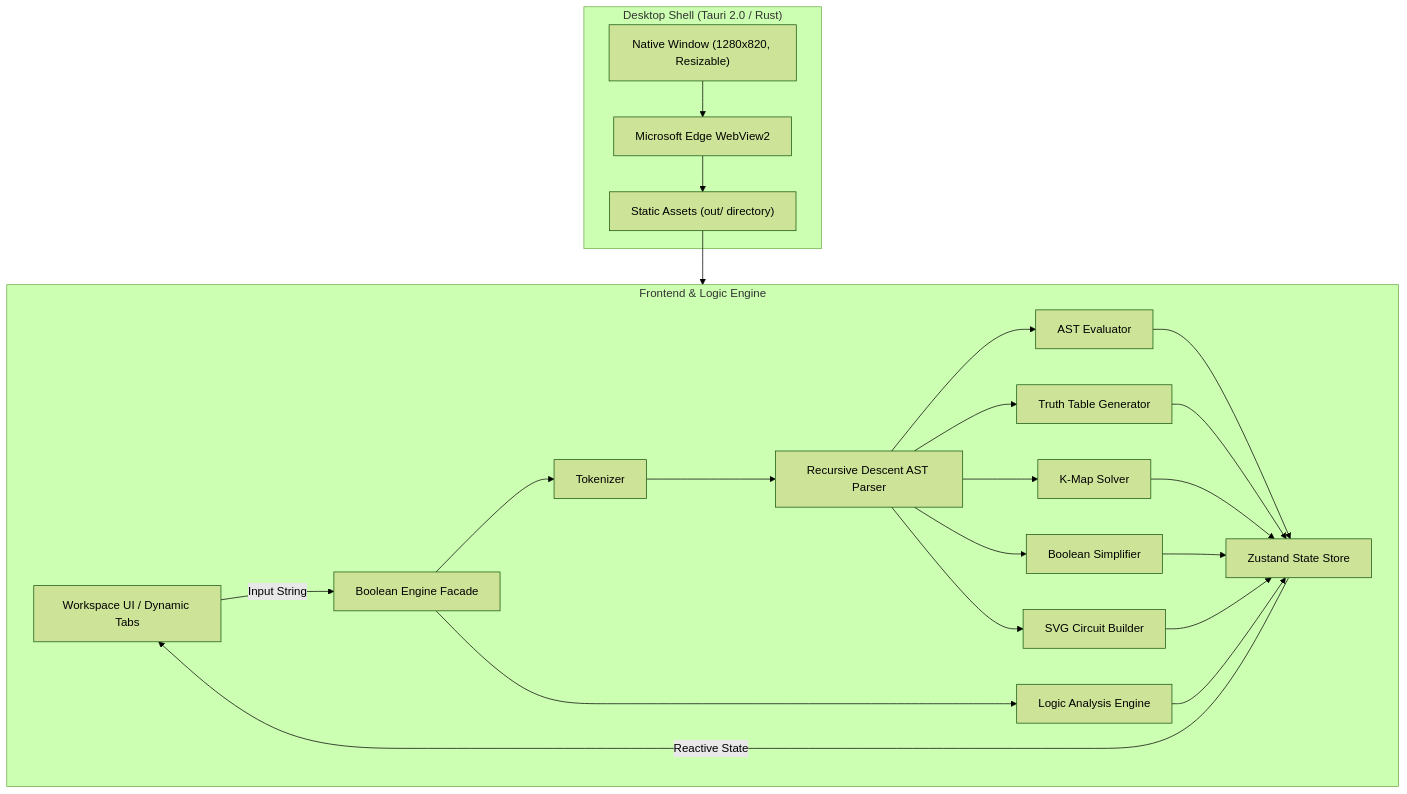
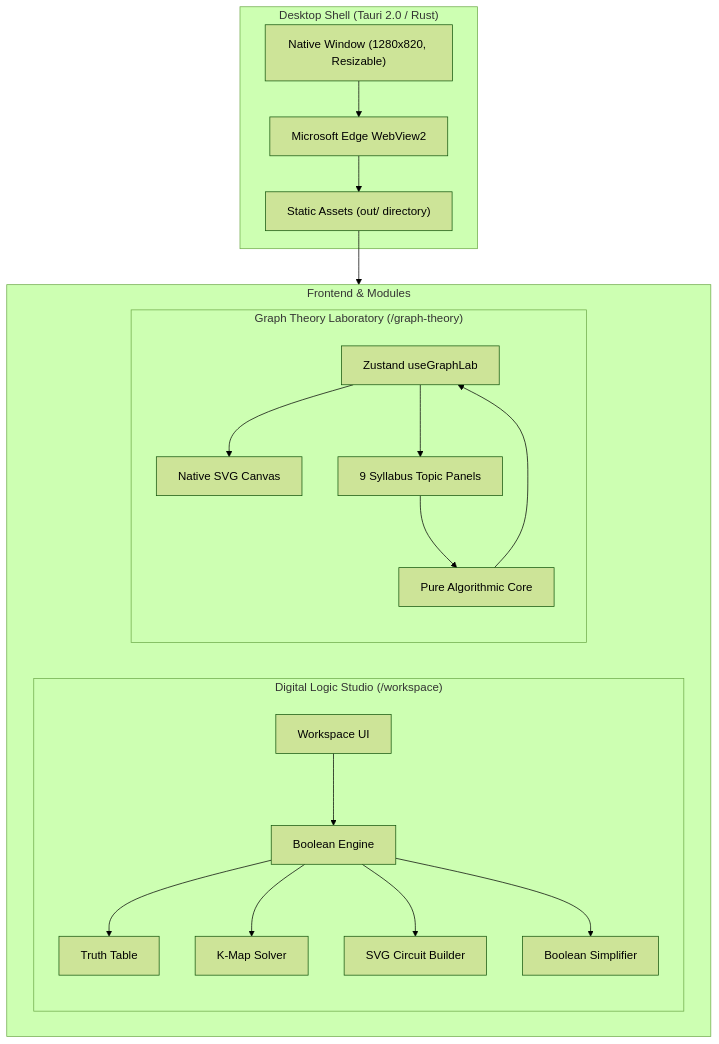
The diagram in docs/ARCHITECTURE.md (rajas2007/BoolStudio), drawn with Mermaid (forest theme) before and after one commit. The commit also changed other lines of this file and 38 other files, not shown here.

Commit message:
feat(graph-theory): rebuild Unit 6 Graph Theory Lab with pure decoupled algorithms, 9 syllabus tabs, and 2-column layout

````diff
--- a/docs/ARCHITECTURE.md
+++ b/docs/ARCHITECTURE.md
@@ -8,31 +8,29 @@
 ```mermaid
 graph TD
     subgraph DesktopShell["Desktop Shell (Tauri 2.0 / Rust)"]
         NativeWindow["Native Window (1280x820, Resizable)"]
         WebView["Microsoft Edge WebView2"]
         StaticBundle["Static Assets (out/ directory)"]
         NativeWindow --> WebView
         WebView --> StaticBundle
     end
 
-    subgraph CoreFrontend["Frontend & Logic Engine"]
-        UI[Workspace UI / Dynamic Tabs] --> |Input String| Engine[Boolean Engine Facade]
-        Engine --> Tokenizer[Tokenizer]
-        Tokenizer --> Parser[Recursive Descent AST Parser]
-        Parser --> Evaluator[AST Evaluator]
-        Parser --> TT[Truth Table Generator]
-        Parser --> KMap[K-Map Solver]
-        Parser --> Simp[Boolean Simplifier]
-        Parser --> Circuit[SVG Circuit Builder]
-        Engine --> Analysis[Logic Analysis Engine]
-        Evaluator --> Store[Zustand State Store]
-        TT --> Store
-        KMap --> Store
-        Simp --> Store
-        Circuit --> Store
-        Analysis --> Store
-        Store --> |Reactive State| UI
+    subgraph CoreFrontend["Frontend & Modules"]
+        subgraph LogicStudio["Digital Logic Studio (/workspace)"]
+            UI[Workspace UI] --> Engine[Boolean Engine]
+            Engine --> TT[Truth Table]
+            Engine --> KMap[K-Map Solver]
+            Engine --> Circuit[SVG Circuit Builder]
+            Engine --> Simp[Boolean Simplifier]
+        end
+
+        subgraph GraphStudio["Graph Theory Laboratory (/graph-theory)"]
+            GLStore[Zustand useGraphLab] --> Canvas[Native SVG Canvas]
+            GLStore --> GLTabs[9 Syllabus Topic Panels]
+            GLTabs --> AlgCore[Pure Algorithmic Core]
+            AlgCore --> GLStore
+        end
     end
 
     StaticBundle --> CoreFrontend
 ```
````
